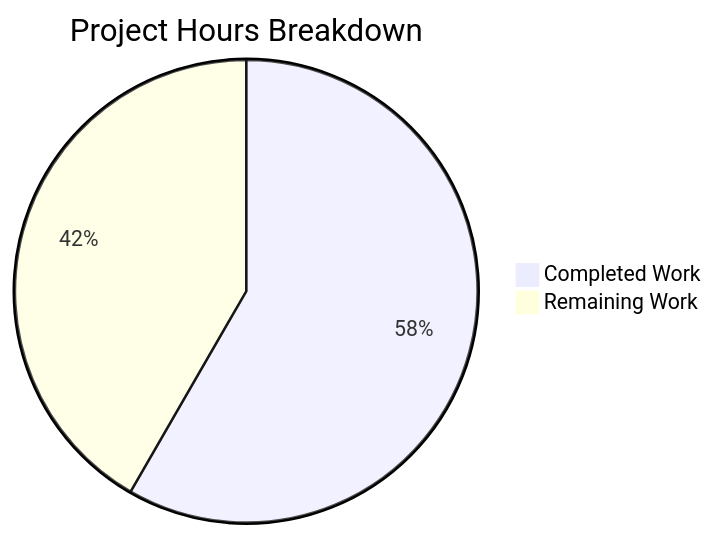
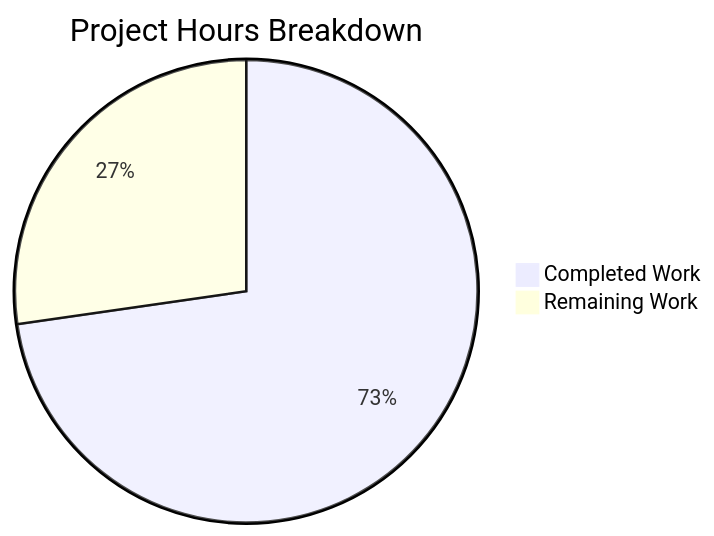
One commit to Sandeep01Kumar/SK-30-JAN changed the diagram in blitzy/documentation/Project Guide.md. Above: the diagram before and after it, drawn with Mermaid. The commit also changed other lines of this file, not shown here.

Commit message:
Adding Blitzy Project Guide: Project Status and Human Tasks Remaining

````diff
--- a/blitzy/documentation/Project Guide.md
+++ b/blitzy/documentation/Project Guide.md
@@ -125,5 +86,5 @@
 ```mermaid
 pie title Project Hours Breakdown
-    "Completed Work" : 14
-    "Remaining Work" : 10
+    "Completed Work" : 16
+    "Remaining Work" : 6
 ```
````
